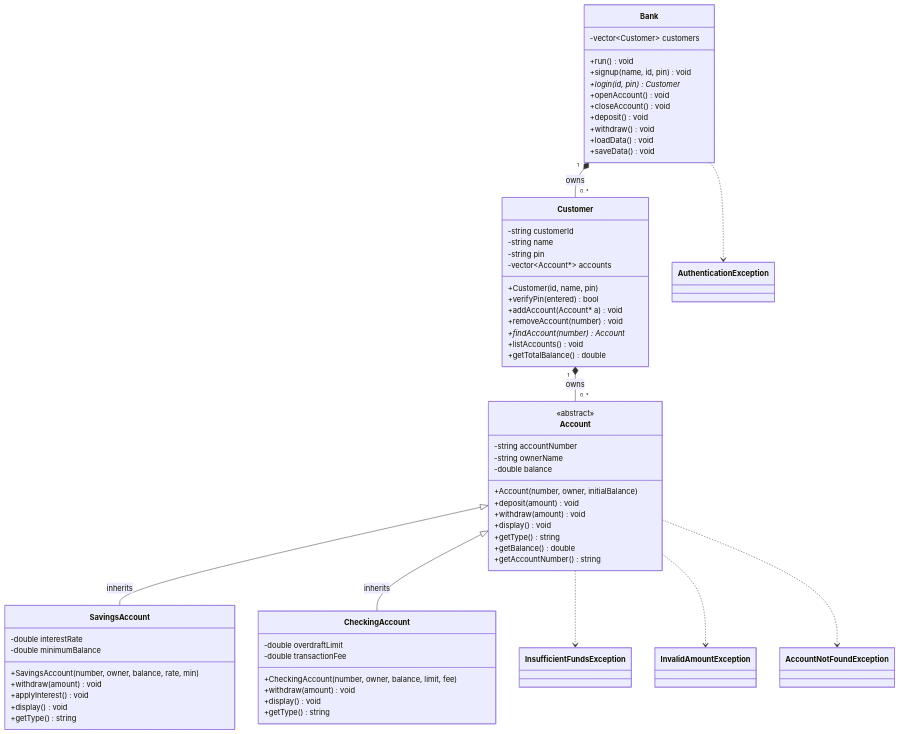
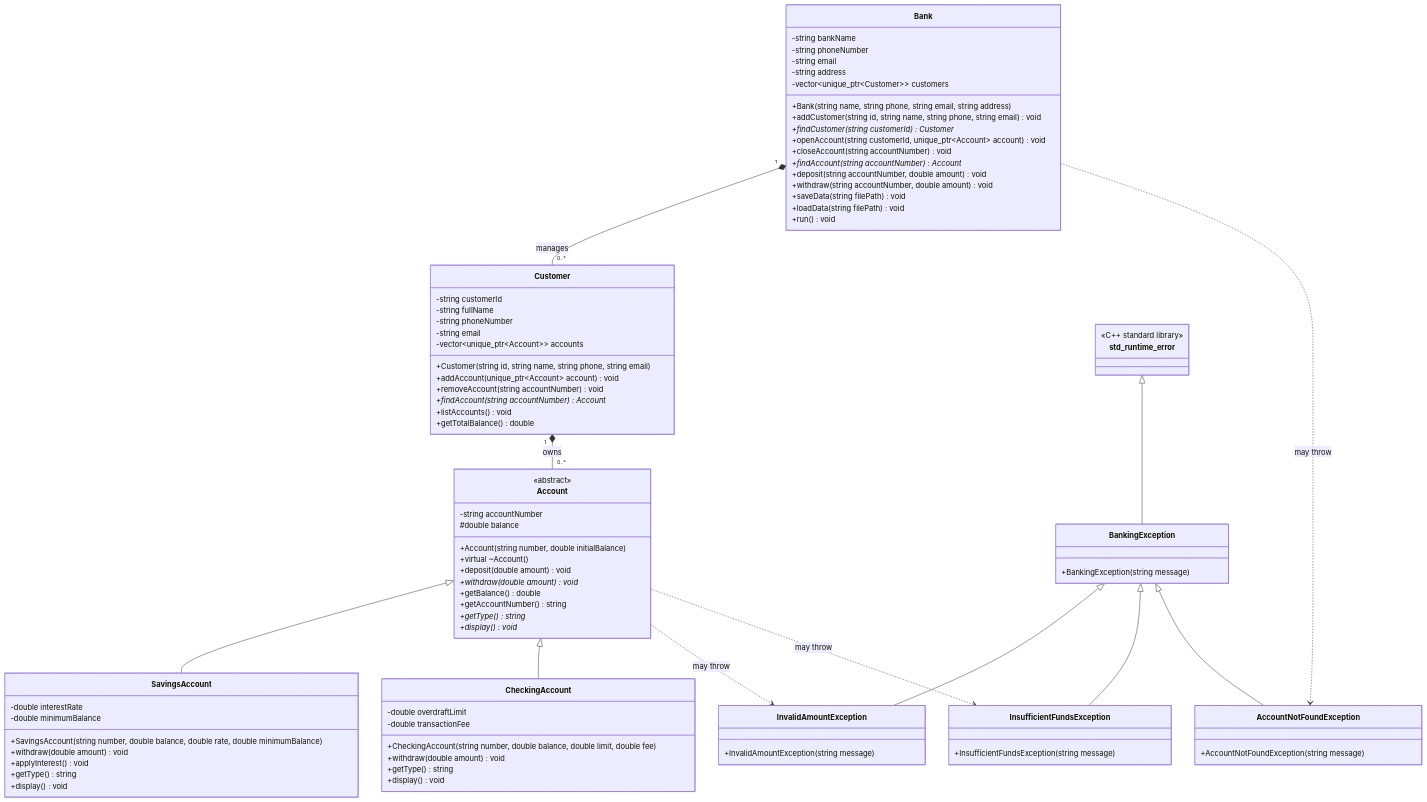
The diagram in README.md (mubina-yigitaliyeva/bank-account-system), drawn with Mermaid before and after one commit.

Commit message:
Updated class diagram in README.md

````diff
--- a/README.md
+++ b/README.md
@@ -7,76 +7,100 @@
 ```mermaid
 classDiagram
+    direction TB
+
+    class Bank {
+        -string bankName
+        -string phoneNumber
+        -string email
+        -string address
+        -vector~unique_ptr~Customer~~ customers
+        +Bank(string name, string phone, string email, string address)
+        +addCustomer(string id, string name, string phone, string email) void
+        +findCustomer(string customerId) Customer*
+        +openAccount(string customerId, unique_ptr~Account~ account) void
+        +closeAccount(string accountNumber) void
+        +findAccount(string accountNumber) Account*
+        +deposit(string accountNumber, double amount) void
+        +withdraw(string accountNumber, double amount) void
+        +saveData(string filePath) void
+        +loadData(string filePath) void
+        +run() void
+    }
+
+    class Customer {
+        -string customerId
+        -string fullName
+        -string phoneNumber
+        -string email
+        -vector~unique_ptr~Account~~ accounts
+        +Customer(string id, string name, string phone, string email)
+        +addAccount(unique_ptr~Account~ account) void
+        +removeAccount(string accountNumber) void
+        +findAccount(string accountNumber) Account*
+        +listAccounts() void
+        +getTotalBalance() double
+    }
+
     class Account {
         <<abstract>>
         -string accountNumber
-        -string ownerName
-        -double balance
-        +Account(number, owner, initialBalance)
-        +deposit(amount) void
-        +withdraw(amount) void
-        +display() void
-        +getType() string
+        #double balance
+        +Account(string number, double initialBalance)
+        +virtual ~Account()
+        +deposit(double amount) void
+        +withdraw(double amount)* void
         +getBalance() double
         +getAccountNumber() string
+        +getType() string*
+        +display() void*
     }
 
     class SavingsAccount {
         -double interestRate
         -double minimumBalance
-        +SavingsAccount(number, owner, balance, rate, min)
-        +withdraw(amount) void
+        +SavingsAccount(string number, double balance, double rate, double minimumBalance)
+        +withdraw(double amount) void
         +applyInterest() void
+        +getType() string
         +display() void
-        +getType() string
     }
 
     class CheckingAccount {
         -double overdraftLimit
         -double transactionFee
-        +CheckingAccount(number, owner, balance, limit, fee)
-        +withdraw(amount) void
+        +CheckingAccount(string number, double balance, double limit, double fee)
+        +withdraw(double amount) void
+        +getType() string
         +display() void
-        +getType() string
     }
 
-    class Customer {
-        -string customerId
-        -string name
-        -string pin
-        -vector~Account*~ accounts
-        +Customer(id, name, pin)
-        +verifyPin(entered) bool
-        +addAccount(Account* a) void
-        +removeAccount(number) void
-        +findAccount(number) Account*
-        +listAccounts() void
-        +getTotalBalance() double
+    class BankingException {
+        +BankingException(string message)
+    }
+    class InvalidAmountException {
+        +InvalidAmountException(string message)
+    }
+    class InsufficientFundsException {
+        +InsufficientFundsException(string message)
+    }
+    class AccountNotFoundException {
+        +AccountNotFoundException(string message)
+    }
+    class std_runtime_error {
+        <<C++ standard library>>
     }
 
-    class Bank {
-        -vector~Customer~ customers
-        +run() void
-        +signup(name, id, pin) void
-        +login(id, pin) Customer*
-        +openAccount() void
-        +closeAccount() void
-        +deposit() void
-        +withdraw() void
-        +loadData() void
-        +saveData() void
-    }
+    Bank "1" *-- "0..*" Customer : manages
+    Customer "1" *-- "0..*" Account : owns
+    Account <|-- SavingsAccount
+    Account <|-- CheckingAccount
 
-    class InsufficientFundsException
-    class InvalidAmountException
-    class AccountNotFoundException
-    class AuthenticationException
+    std_runtime_error <|-- BankingException
+    BankingException <|-- InvalidAmountException
+    BankingException <|-- InsufficientFundsException
+    BankingException <|-- AccountNotFoundException
 
-    Account <|-- SavingsAccount : inherits
-    Account <|-- CheckingAccount : inherits
-    Customer "1" *-- "0..*" Account : owns
-    Bank "1" *-- "0..*" Customer : owns
-    Account ..> InsufficientFundsException
-    Account ..> InvalidAmountException
-    Account ..> AccountNotFoundException
-    Bank ..> AuthenticationException
+    Account ..> InvalidAmountException : may throw
+    Account ..> InsufficientFundsException : may throw
+    Bank ..> AccountNotFoundException : may throw
 ```
````
